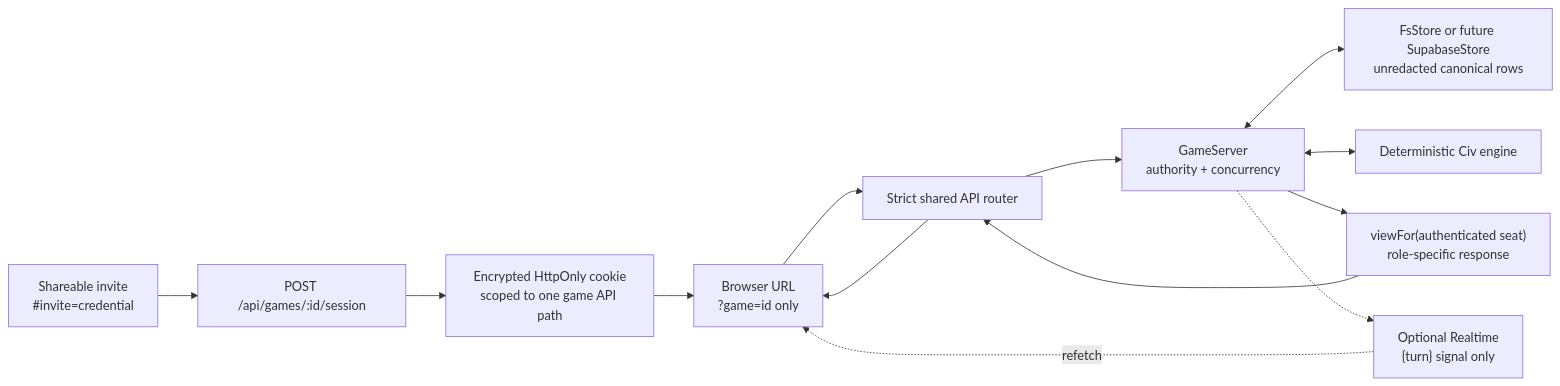
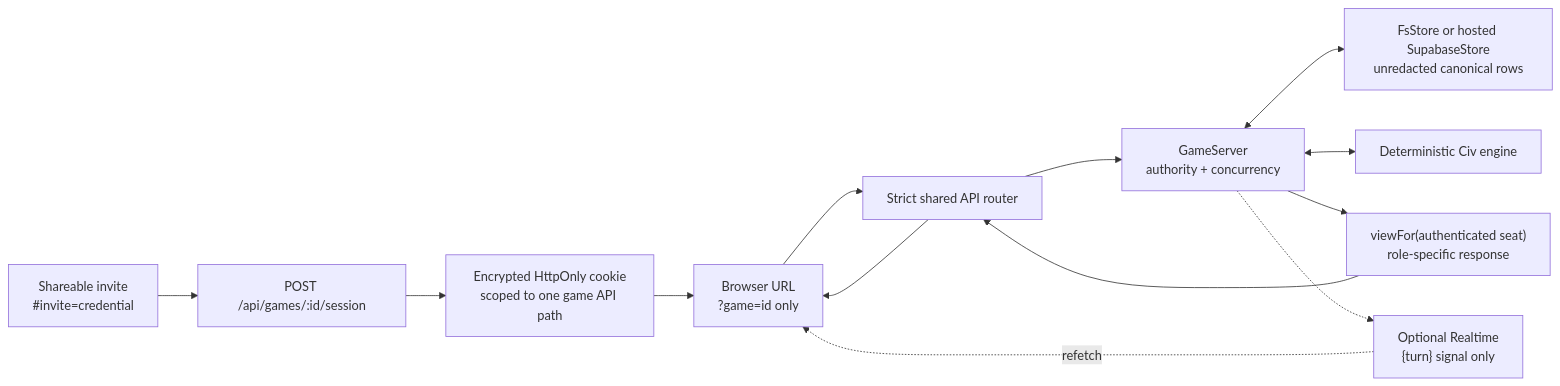
Before and after one commit to skim-eng/advanced-civilization: the diagram in docs/ARCHITECTURE_CURRENT.md, drawn with Mermaid. The commit also changed other lines of this file and 11 other files, not shown here.

````diff
--- a/docs/ARCHITECTURE_CURRENT.md
+++ b/docs/ARCHITECTURE_CURRENT.md
@@ -27,20 +27,20 @@
 ```mermaid
 flowchart LR
     I["Shareable invite\n#invite=credential"]
     X["POST /api/games/:id/session"]
     C["Encrypted HttpOnly cookie\nscoped to one game API path"]
     B["Browser URL\n?game=id only"]
     H["Strict shared API router"]
     G["GameServer\nauthority + concurrency"]
-    P["FsStore or future SupabaseStore\nunredacted canonical rows"]
+    P["FsStore or hosted SupabaseStore\nunredacted canonical rows"]
     E["Deterministic Civ engine"]
     V["viewFor(authenticated seat)\nrole-specific response"]
     R["Optional Realtime\n{turn} signal only"]
 
     I --> X --> C --> B
     B --> H --> G
     G <--> P
     G <--> E
     G --> V --> H --> B
     G -.-> R -. "refetch" .-> B
 ```
````
